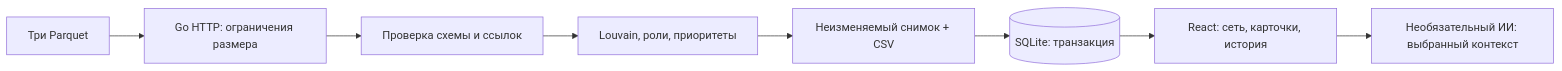
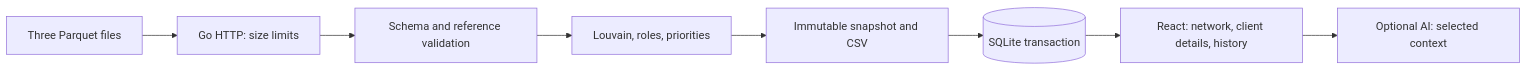
The diagram in docs/architecture.md (IliasGalikhanov/AMLens), drawn with Mermaid before and after one commit. The commit also changed other lines of this file and 8 other files, not shown here.

````diff
--- a/docs/architecture.md
+++ b/docs/architecture.md
@@ -5,10 +5,10 @@
 ```mermaid
 flowchart LR
-  P[Три Parquet] --> H[Go HTTP: ограничения размера]
-  H --> V[Проверка схемы и ссылок]
-  V --> A[Louvain, роли, приоритеты]
-  A --> S[Неизменяемый снимок + CSV]
-  S --> DB[(SQLite: транзакция)]
-  DB --> UI[React: сеть, карточки, история]
-  UI --> AI[Необязательный ИИ: выбранный контекст]
+  P[Three Parquet files] --> H[Go HTTP: size limits]
+  H --> V[Schema and reference validation]
+  V --> A[Louvain, roles, priorities]
+  A --> S[Immutable snapshot and CSV]
+  S --> DB[(SQLite transaction)]
+  DB --> UI[React: network, client details, history]
+  UI --> AI[Optional AI: selected context]
 ```
````
